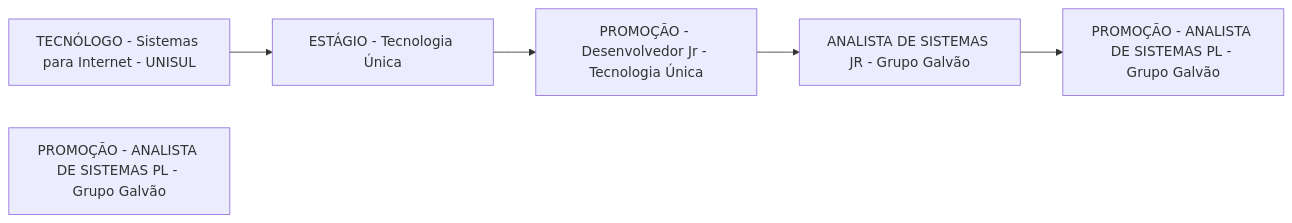
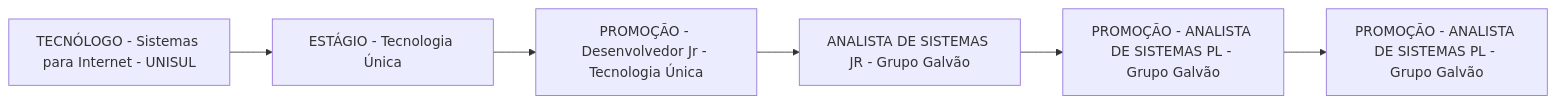
The diagram in Advanced-Business-Development-with-.NET/1º-Semestre/Aula-01-%2D-Introdução-e-Apresentação/Apresentação-do-Professor.md (rafsp/Graduacao_FIAP), drawn with Mermaid before and after one commit.

Commit message:
Updated Apresentação do Professor

```diff
--- a/Advanced-Business-Development-with-.NET/1º-Semestre/Aula-01-%2D-Introdução-e-Apresentação/Apresentação-do-Professor.md
+++ b/Advanced-Business-Development-with-.NET/1º-Semestre/Aula-01-%2D-Introdução-e-Apresentação/Apresentação-do-Professor.md
@@ -1,13 +1,14 @@
 ::: mermaid
 flowchart LR;
 a[TECNÓLOGO - Sistemas para Internet - UNISUL];
 b[ESTÁGIO - Tecnologia Única];
 c[PROMOÇÃO - Desenvolvedor Jr - Tecnologia Única];
 d[ANALISTA DE SISTEMAS JR - Grupo Galvão];
 e[PROMOÇÃO - ANALISTA DE SISTEMAS PL - Grupo Galvão];
 f[PROMOÇÃO - ANALISTA DE SISTEMAS PL - Grupo Galvão];
 a-->b;
 b-->c;
 c-->d;
 d-->e;
+e-->f;
 :::
```
